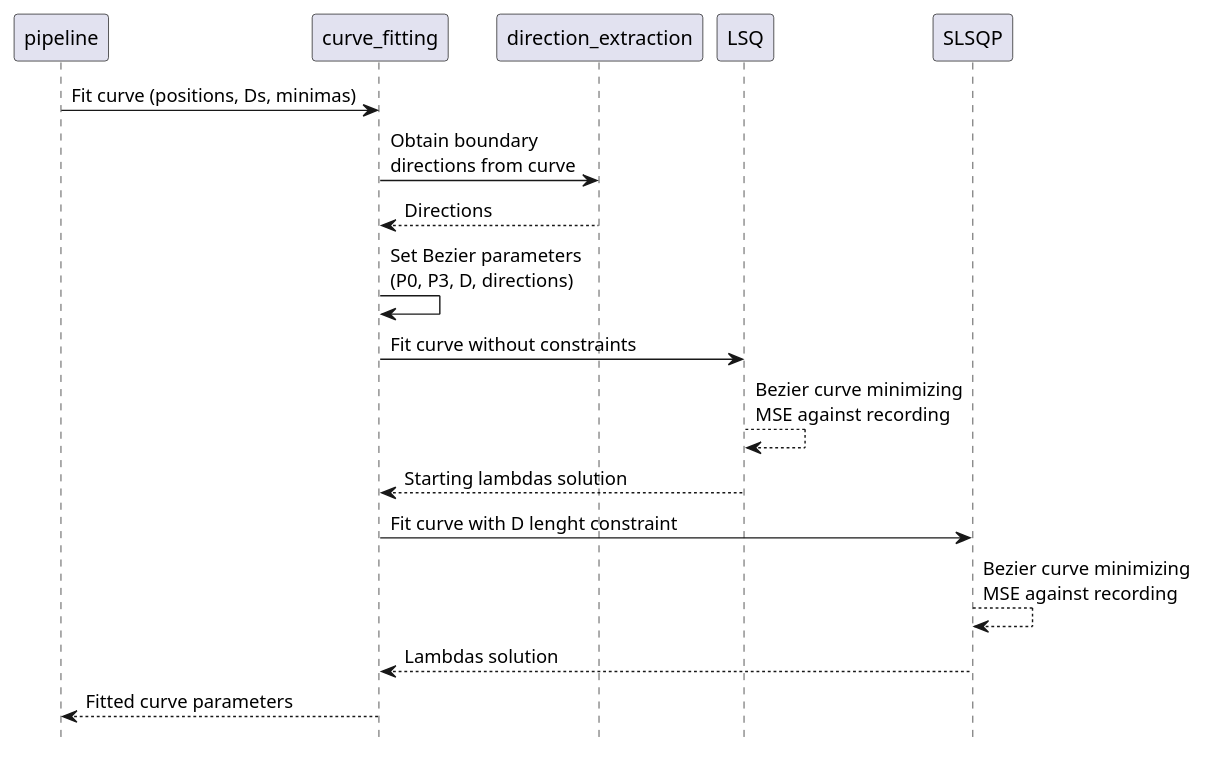
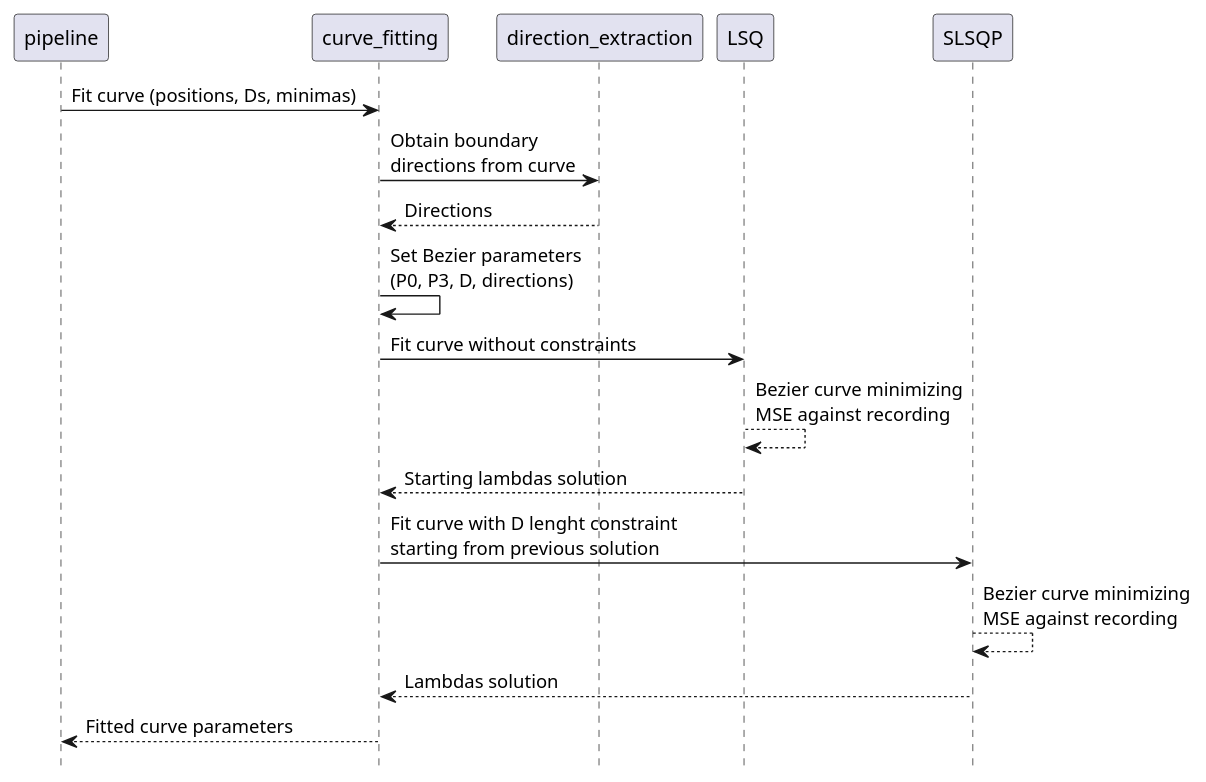
One commit to Dacu02/master_thesis_data_analysis changed the diagram in data/framework/diagrams/curve_fit.puml. Above: the diagram before and after it, drawn with PlantUML. The commit also changed 10 other files, not shown here.

```diff
--- a/data/framework/diagrams/curve_fit.puml
+++ b/data/framework/diagrams/curve_fit.puml
@@ -1,20 +1,20 @@
 @startuml curve_fit
 participant pipeline
 participant curve_fitting
 participant direction_extraction
 participant LSQ
 participant SLSQP
 hide footbox
 
 pipeline -> curve_fitting: Fit curve (positions, Ds, minimas)
 curve_fitting -> direction_extraction: Obtain boundary\ndirections from curve
 direction_extraction --> curve_fitting: Directions
 curve_fitting -> curve_fitting: Set Bezier parameters\n(P0, P3, D, directions)
 curve_fitting -> LSQ: Fit curve without constraints
 LSQ --> LSQ: Bezier curve minimizing\nMSE against recording
 LSQ --> curve_fitting: Starting lambdas solution
-curve_fitting -> SLSQP: Fit curve with D lenght constraint
+curve_fitting -> SLSQP: Fit curve with D lenght constraint\nstarting from previous solution
 SLSQP --> SLSQP: Bezier curve minimizing\nMSE against recording
 SLSQP --> curve_fitting: Lambdas solution
 curve_fitting --> pipeline: Fitted curve parameters
 @enduml
```
